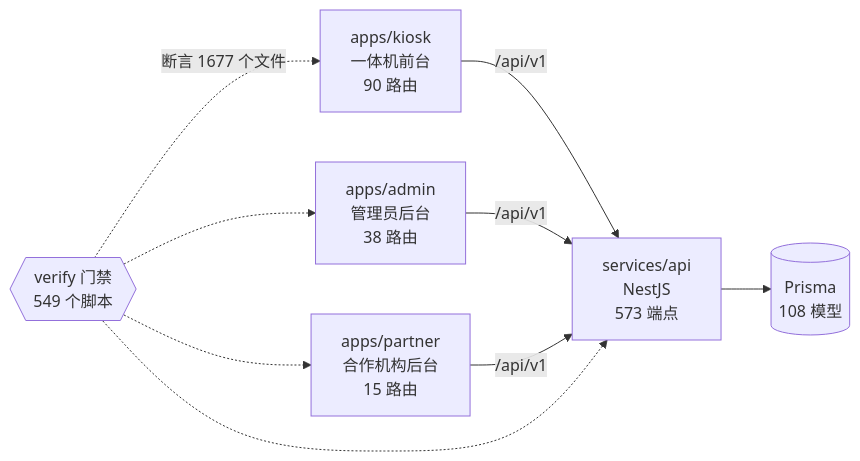
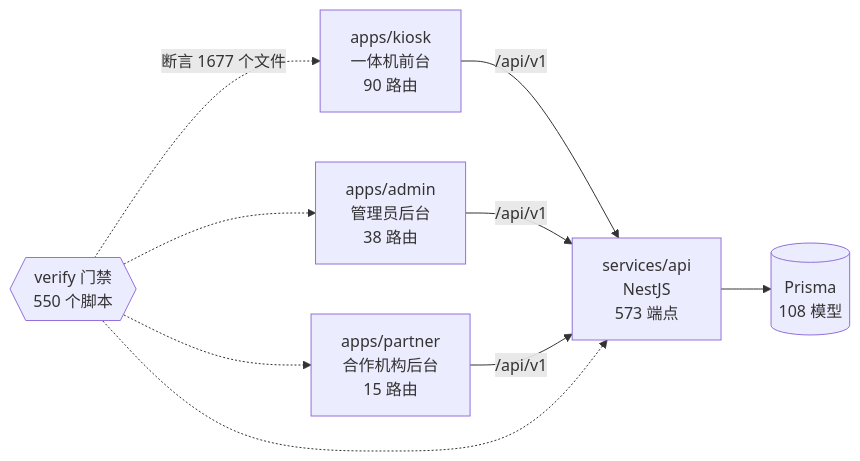
One commit to wanglei581/YITIJI changed the diagram in docs/graph/README.md. Above: the diagram before and after it, drawn with Mermaid. The commit also changed other lines of this file and 6 other files, not shown here.

````diff
--- a/docs/graph/README.md
+++ b/docs/graph/README.md
@@ -68,18 +68,18 @@
 ```mermaid
 flowchart LR
   kiosk["apps/kiosk<br/>一体机前台<br/>90 路由"]
   admin["apps/admin<br/>管理员后台<br/>38 路由"]
   partner["apps/partner<br/>合作机构后台<br/>15 路由"]
   api["services/api<br/>NestJS<br/>573 端点"]
   db[("Prisma<br/>108 模型")]
-  gates{{"verify 门禁<br/>549 个脚本"}}
+  gates{{"verify 门禁<br/>550 个脚本"}}
 
   kiosk -->|"/api/v1"| api
   admin -->|"/api/v1"| api
   partner -->|"/api/v1"| api
   api --> db
   gates -.->|"断言 1677 个文件"| kiosk
   gates -.-> admin
   gates -.-> partner
   gates -.-> api
 ```
````
